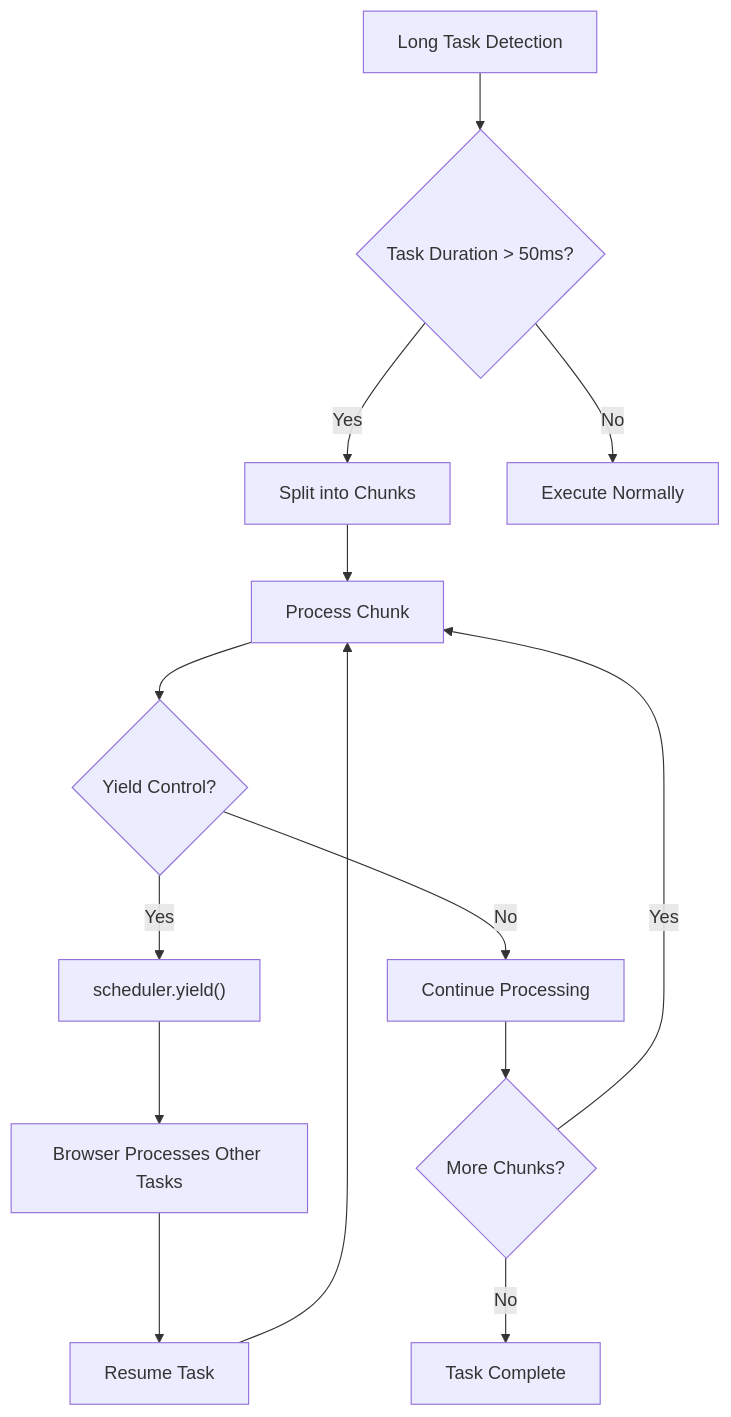
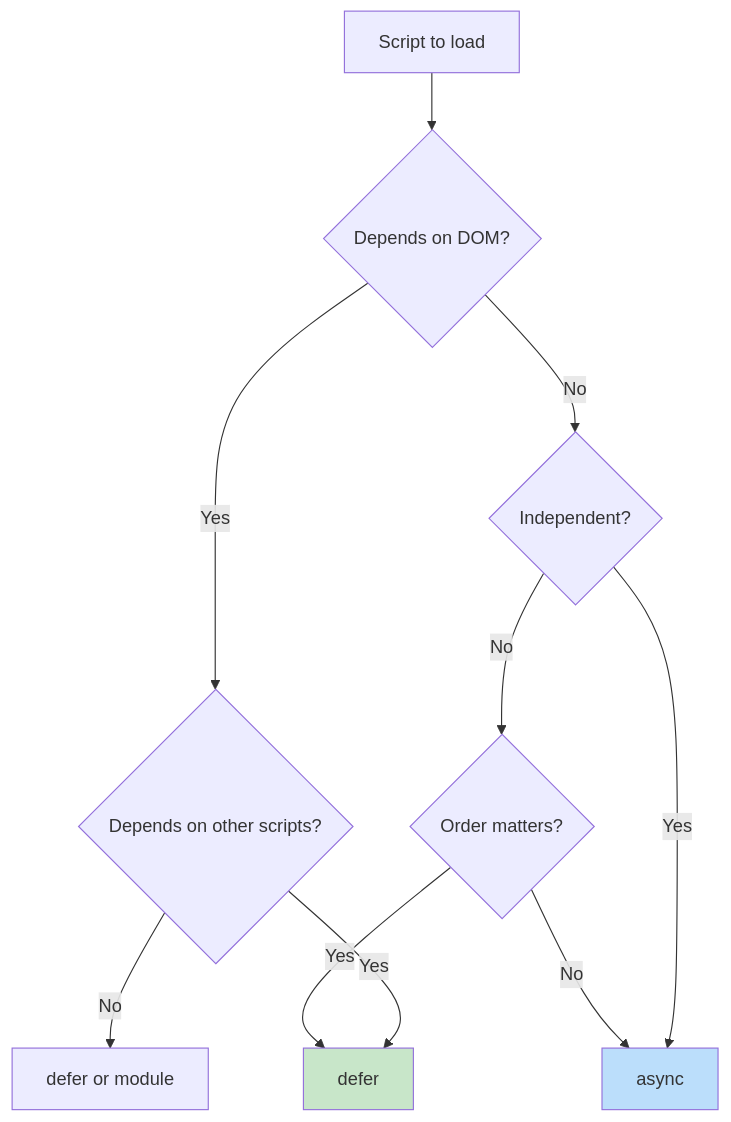
Before and after one commit to sujeet-pro/legacy-personal-site: the second of 2 diagrams in v4/content/articles/frontend-engineering/web-performance-optimization/web-performance-javascript-optimization/README.md, drawn with Mermaid. The commit also changed other lines of this file and 16 other files, not shown here.

````diff
--- a/v4/content/articles/frontend-engineering/web-performance-optimization/web-performance-javascript-optimization/README.md
+++ b/v4/content/articles/frontend-engineering/web-performance-optimization/web-performance-javascript-optimization/README.md
@@ -276,19 +79,18 @@
 ```mermaid
-graph TD
-    A[Long Task Detection] --> B{"Task Duration > 50ms?"}
-    B -->|Yes| C[Split into Chunks]
-    B -->|No| D[Execute Normally]
+flowchart TD
+    A[Script to load] --> B{Depends on DOM?}
+    B -->|Yes| C{Depends on other scripts?}
+    B -->|No| D{Independent?}
 
-    C --> E[Process Chunk]
-    E --> F{"Yield Control?"}
-    F -->|Yes| G["scheduler.yield()"]
-    F -->|No| H[Continue Processing]
+    C -->|Yes| E[defer]
+    C -->|No| F[defer or module]
 
-    G --> I[Browser Processes Other Tasks]
-    I --> J[Resume Task]
-    J --> E
+    D -->|Yes| G[async]
+    D -->|No| H{Order matters?}
 
-    H --> K{"More Chunks?"}
-    K -->|Yes| E
-    K -->|No| L[Task Complete]
+    H -->|Yes| E
+    H -->|No| G
+
+    style E fill:#c8e6c9
+    style G fill:#bbdefb
 ```
````
